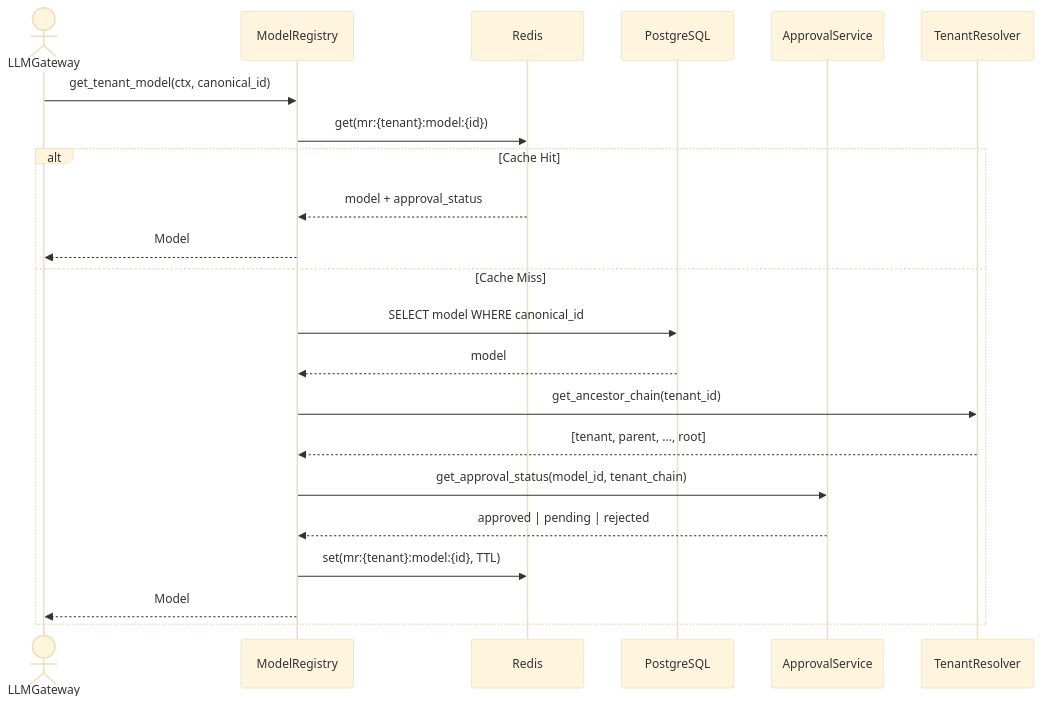
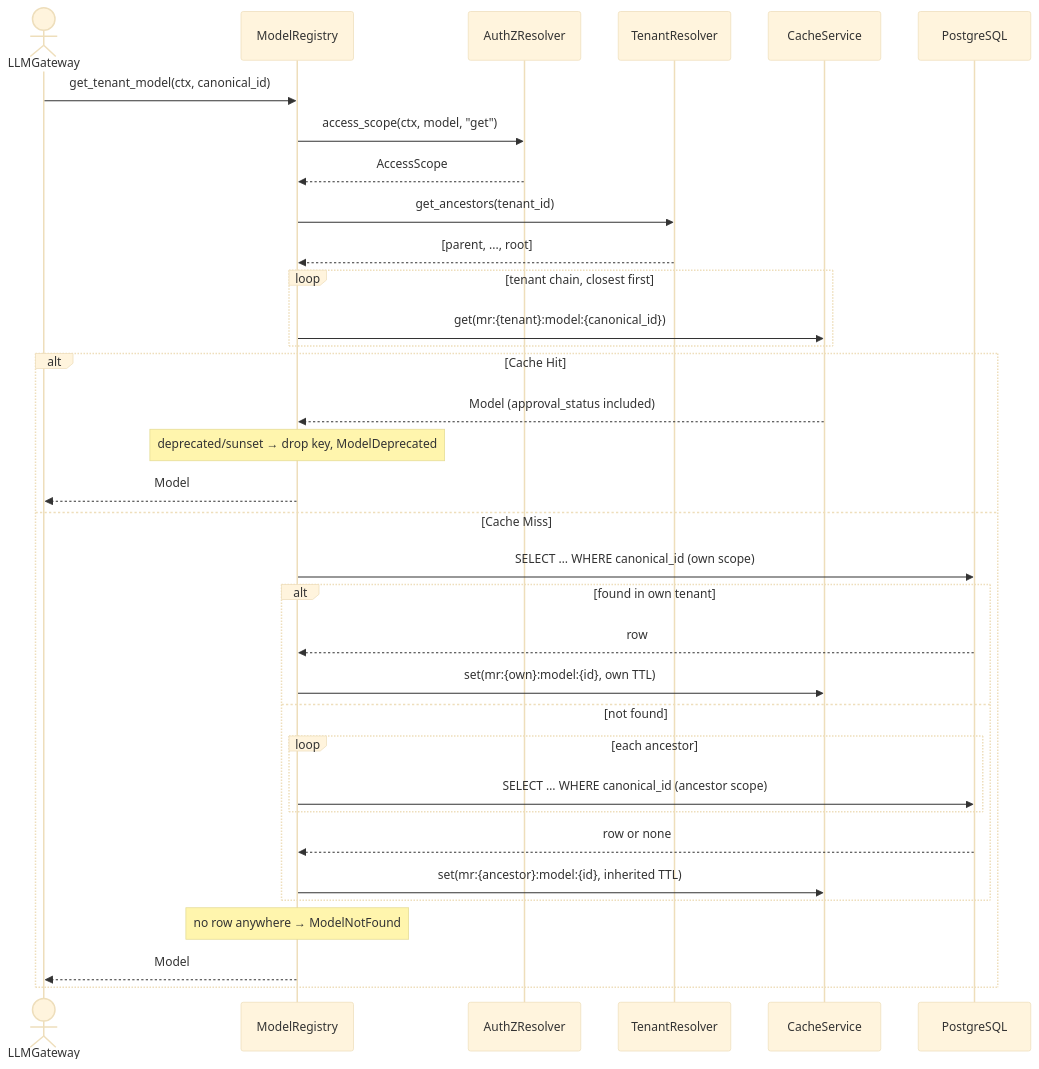
Before and after one commit to Qilin101/gears-rust: the third of 8 diagrams in gears/model-registry/docs/DESIGN.md, drawn with Mermaid (base theme). The commit also changed other lines of this file, not shown here.

````diff
--- a/gears/model-registry/docs/DESIGN.md
+++ b/gears/model-registry/docs/DESIGN.md
@@ -725,25 +777,38 @@
 ```mermaid
 sequenceDiagram
     actor LLMGateway
     participant MR as ModelRegistry
-    participant Cache as Redis
+    participant PDP as AuthZResolver
+    participant Tenant as TenantResolver
+    participant Cache as CacheService
     participant DB as PostgreSQL
-    participant Approval as ApprovalService
-    participant Tenant as TenantResolver
 
     LLMGateway->>MR: get_tenant_model(ctx, canonical_id)
-    MR->>Cache: get(mr:{tenant}:model:{id})
+    MR->>PDP: access_scope(ctx, model, "get")
+    PDP-->>MR: AccessScope
+    MR->>Tenant: get_ancestors(tenant_id)
+    Tenant-->>MR: [parent, ..., root]
+
+    loop tenant chain, closest first
+        MR->>Cache: get(mr:{tenant}:model:{canonical_id})
+    end
     alt Cache Hit
-        Cache-->>MR: model + approval_status
+        Cache-->>MR: Model (approval_status included)
+        note over MR: deprecated/sunset → drop key, ModelDeprecated
         MR-->>LLMGateway: Model
     else Cache Miss
-        MR->>DB: SELECT model WHERE canonical_id
-        DB-->>MR: model
-        MR->>Tenant: get_ancestor_chain(tenant_id)
-        Tenant-->>MR: [tenant, parent, ..., root]
-        MR->>Approval: get_approval_status(model_id, tenant_chain)
-        Approval-->>MR: approved | pending | rejected
-        MR->>Cache: set(mr:{tenant}:model:{id}, TTL)
+        MR->>DB: SELECT … WHERE canonical_id (own scope)
+        alt found in own tenant
+            DB-->>MR: row
+            MR->>Cache: set(mr:{own}:model:{id}, own TTL)
+        else not found
+            loop each ancestor
+                MR->>DB: SELECT … WHERE canonical_id (ancestor scope)
+            end
+            DB-->>MR: row or none
+            MR->>Cache: set(mr:{ancestor}:model:{id}, inherited TTL)
+        end
+        note over MR: no row anywhere → ModelNotFound
         MR-->>LLMGateway: Model
     end
 ```
````
